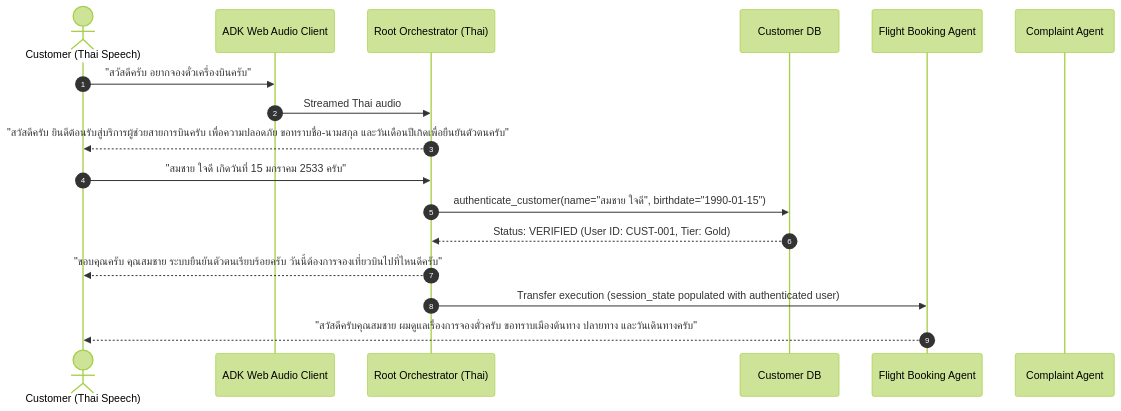
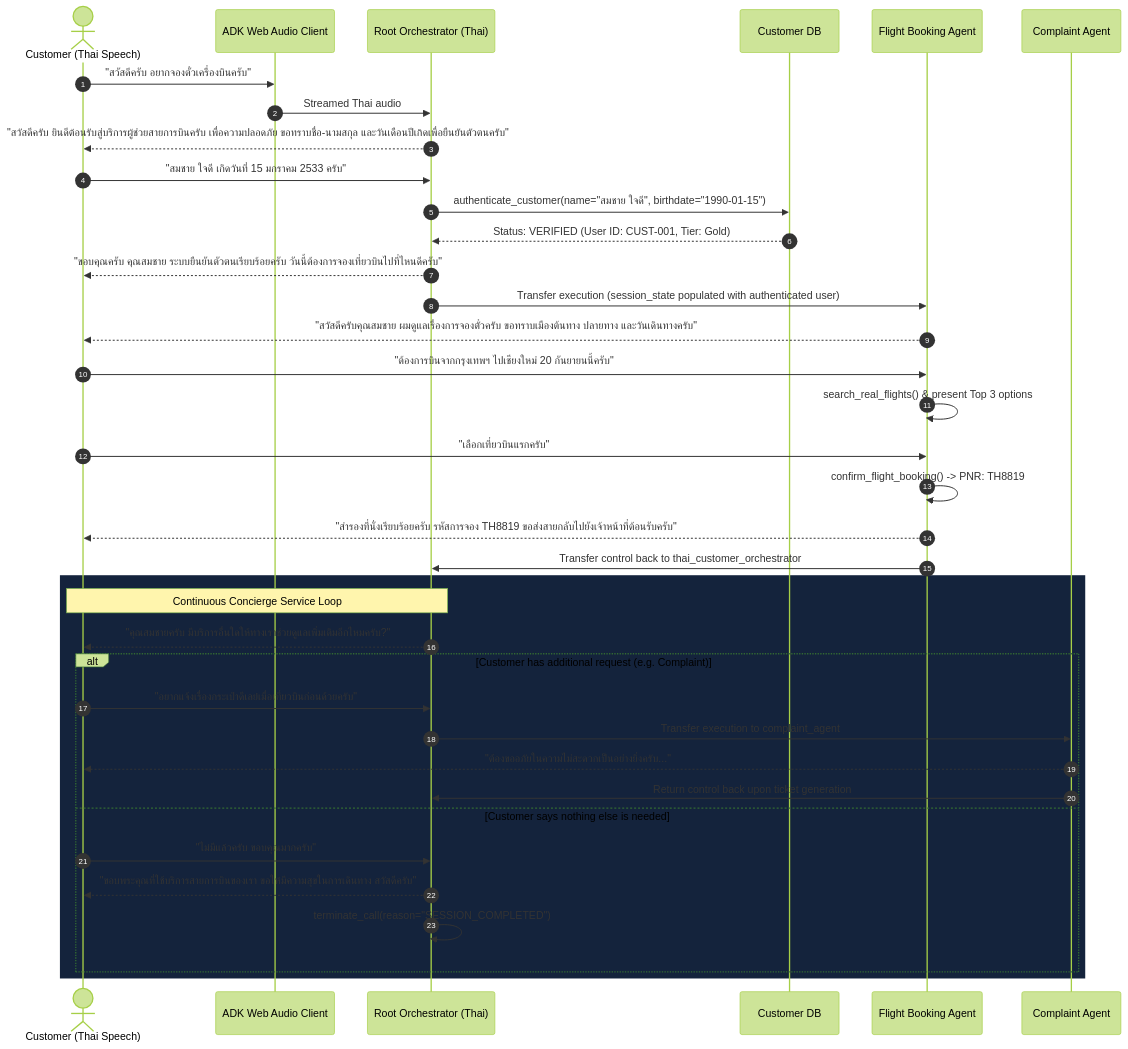
The second of 4 diagrams in specs/features/SPEC-20260907-GEMINI-LIVE-ADK-THAI-VOICE-AGENT.md (pantana-na/gemini-live-bot), drawn with Mermaid (forest theme) before and after one commit. The commit also changed other lines of this file and 36 other files, not shown here.

First line of the commit message:
feat: implement Gemini Live Thai voice agent platform with ADK multi-agent orchestration, state determinism, and follow-up routing

````diff
--- a/specs/features/SPEC-20260907-GEMINI-LIVE-ADK-THAI-VOICE-AGENT.md
+++ b/specs/features/SPEC-20260907-GEMINI-LIVE-ADK-THAI-VOICE-AGENT.md
@@ -58,20 +71,41 @@
 ```mermaid
 sequenceDiagram
     autonumber
     actor Customer as Customer (Thai Speech)
     participant Client as ADK Web Audio Client
     participant Root as Root Orchestrator (Thai)
     participant Auth as Customer DB
     participant Flight as Flight Booking Agent
     participant Comp as Complaint Agent
 
     Customer->>Client: "สวัสดีครับ อยากจองตั๋วเครื่องบินครับ"
     Client->>Root: Streamed Thai audio
     Root-->>Customer: "สวัสดีครับ ยินดีต้อนรับสู่บริการผู้ช่วยสายการบินครับ เพื่อความปลอดภัย ขอทราบชื่อ-นามสกุล และวันเดือนปีเกิดเพื่อยืนยันตัวตนครับ"
     Customer->>Root: "สมชาย ใจดี เกิดวันที่ 15 มกราคม 2533 ครับ"
     Root->>Auth: authenticate_customer(name="สมชาย ใจดี", birthdate="1990-01-15")
     Auth-->>Root: Status: VERIFIED (User ID: CUST-001, Tier: Gold)
     Root-->>Customer: "ขอบคุณครับ คุณสมชาย ระบบยืนยันตัวตนเรียบร้อยครับ วันนี้ต้องการจองเที่ยวบินไปที่ไหนดีครับ"
     Root->>Flight: Transfer execution (session_state populated with authenticated user)
     Flight-->>Customer: "สวัสดีครับคุณสมชาย ผมดูแลเรื่องการจองตั๋วครับ ขอทราบเมืองต้นทาง ปลายทาง และวันเดินทางครับ"
+    Customer->>Flight: "ต้องการบินจากกรุงเทพฯ ไปเชียงใหม่ 20 กันยายนนี้ครับ"
+    Flight->>Flight: search_real_flights() & present Top 3 options
+    Customer->>Flight: "เลือกเที่ยวบินแรกครับ"
+    Flight->>Flight: confirm_flight_booking() -> PNR: TH8819
+    Flight-->>Customer: "สำรองที่นั่งเรียบร้อยครับ รหัสการจอง TH8819 ขอส่งสายกลับไปยังเจ้าหน้าที่ต้อนรับครับ"
+    Flight->>Root: Transfer control back to thai_customer_orchestrator
+    
+    rect rgb(20, 35, 60)
+    Note over Root,Customer: Continuous Concierge Service Loop
+    Root-->>Customer: "คุณสมชายครับ มีบริการอื่นใดให้ทางเราช่วยดูแลเพิ่มเติมอีกไหมครับ?"
+    alt Customer has additional request (e.g. Complaint)
+        Customer->>Root: "อยากแจ้งเรื่องกระเป๋าดีเลย์เมื่อเที่ยวบินก่อนด้วยครับ"
+        Root->>Comp: Transfer execution to complaint_agent
+        Comp-->>Customer: "ต้องขออภัยในความไม่สะดวกเป็นอย่างยิ่งครับ..."
+        Comp->>Root: Return control back upon ticket generation
+    else Customer says nothing else is needed
+        Customer->>Root: "ไม่มีแล้วครับ ขอบคุณมากครับ"
+        Root-->>Customer: "ขอบพระคุณที่ใช้บริการสายการบินของเรา ขอให้มีความสุขในการเดินทาง สวัสดีครับ"
+        Root->>Root: terminate_call(reason="SESSION_COMPLETED")
+    end
+    end
 ```
````
